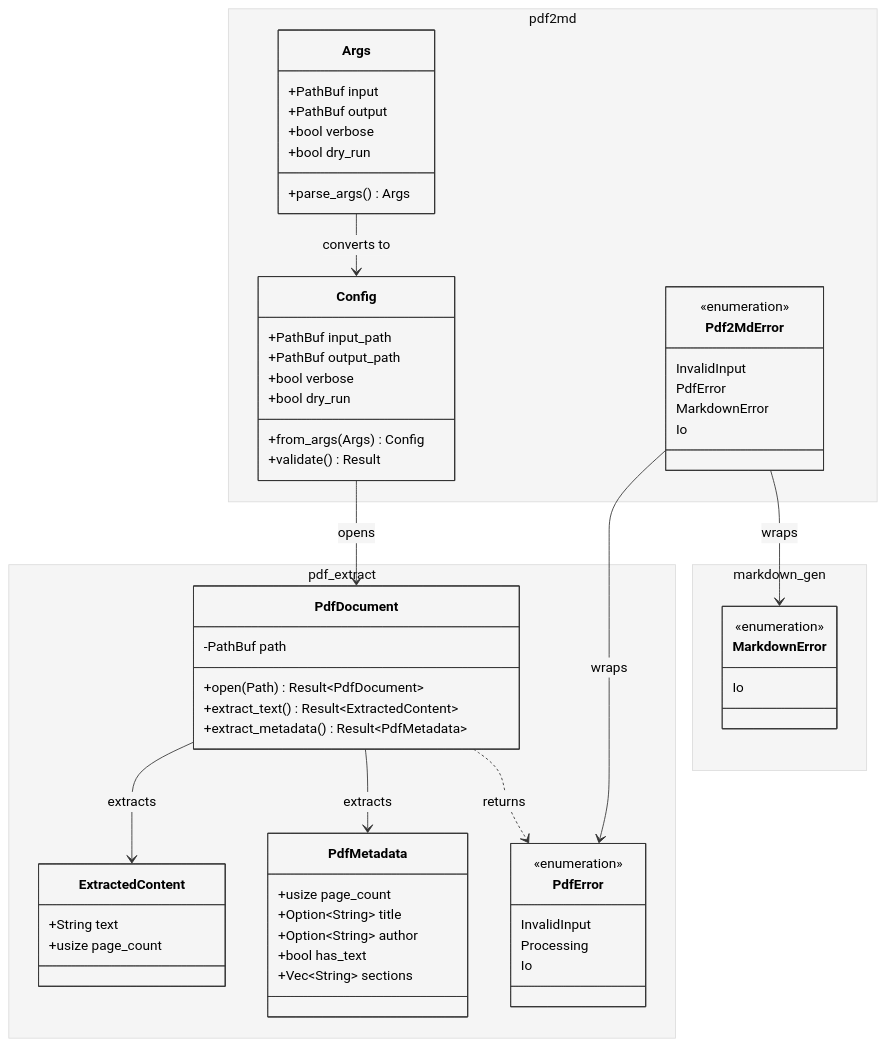
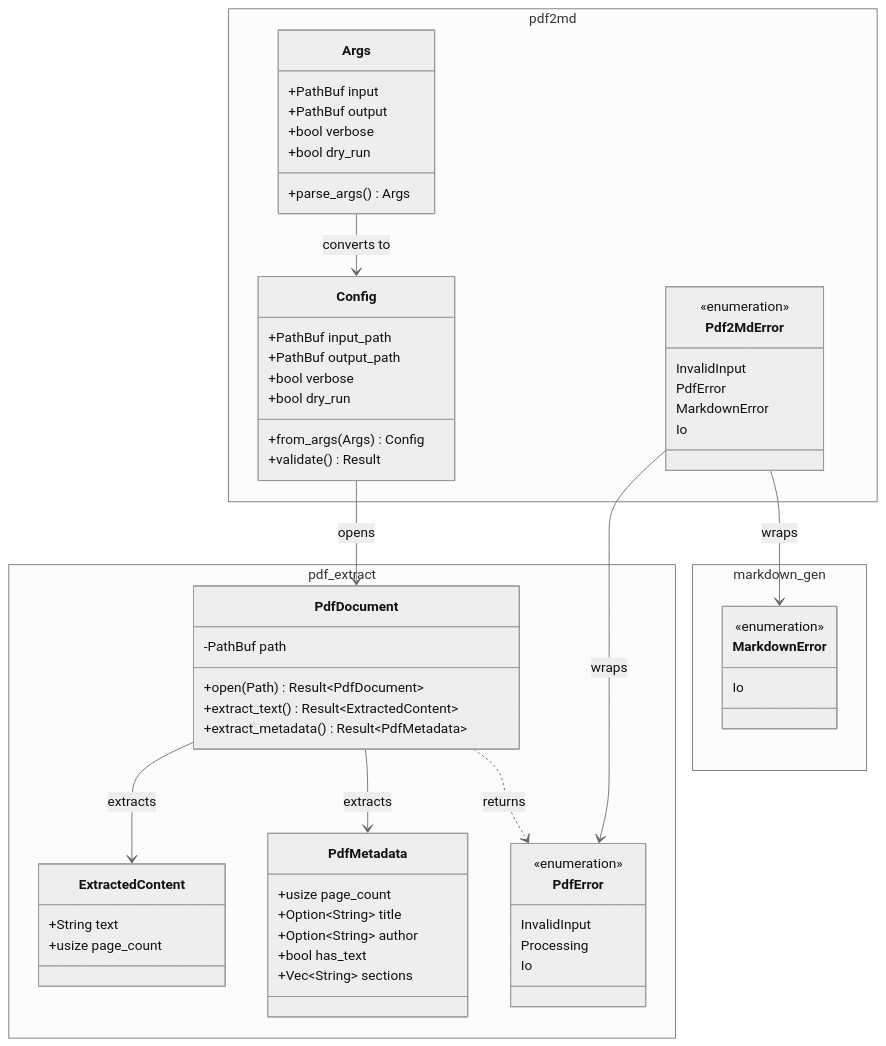
One commit to softwarewrighter/pdf2md changed the fourth of 8 diagrams in wiki/Architecture-Diagrams.md. Above: the diagram before and after it, drawn with Mermaid. The commit also changed other lines of this file and 7 other files, not shown here.

First line of the commit message:
fix: update mermaid diagrams for GitHub dark mode compatibility

````diff
--- a/wiki/Architecture-Diagrams.md
+++ b/wiki/Architecture-Diagrams.md
@@ -178,74 +178,74 @@
 ```mermaid
-%%{init: {'theme':'base', 'themeVariables': {'primaryColor':'#f5f5f5','primaryTextColor':'#000','primaryBorderColor':'#333','lineColor':'#333','secondaryColor':'#f5f5f5','tertiaryColor':'#f5f5f5'}}}%%
+%%{init: {'theme':'neutral'}}%%
 classDiagram
     namespace pdf2md {
         class Args {
             +PathBuf input
             +PathBuf output
             +bool verbose
             +bool dry_run
             +parse_args() Args
         }
 
         class Config {
             +PathBuf input_path
             +PathBuf output_path
             +bool verbose
             +bool dry_run
             +from_args(Args) Config
             +validate() Result
         }
 
         class Pdf2MdError {
             <<enumeration>>
             InvalidInput
             PdfError
             MarkdownError
             Io
         }
     }
 
     namespace pdf_extract {
         class PdfDocument {
             -PathBuf path
             +open(Path) Result~PdfDocument~
             +extract_text() Result~ExtractedContent~
             +extract_metadata() Result~PdfMetadata~
         }
 
         class ExtractedContent {
             +String text
             +usize page_count
         }
 
         class PdfMetadata {
             +usize page_count
             +Option~String~ title
             +Option~String~ author
             +bool has_text
             +Vec~String~ sections
         }
 
         class PdfError {
             <<enumeration>>
             InvalidInput
             Processing
             Io
         }
     }
 
     namespace markdown_gen {
         class MarkdownError {
             <<enumeration>>
             Io
         }
     }
 
     Args --> Config : converts to
     Config --> PdfDocument : opens
     PdfDocument --> ExtractedContent : extracts
     PdfDocument --> PdfMetadata : extracts
     PdfDocument ..> PdfError : returns
     Pdf2MdError --> PdfError : wraps
     Pdf2MdError --> MarkdownError : wraps
 ```
````
